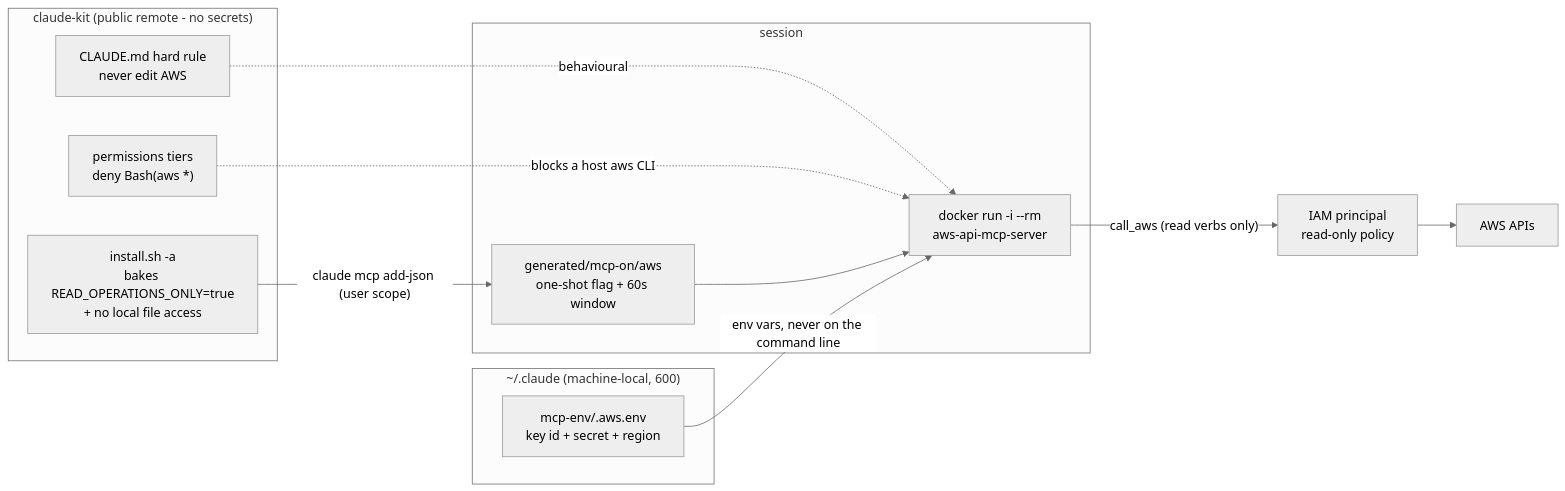
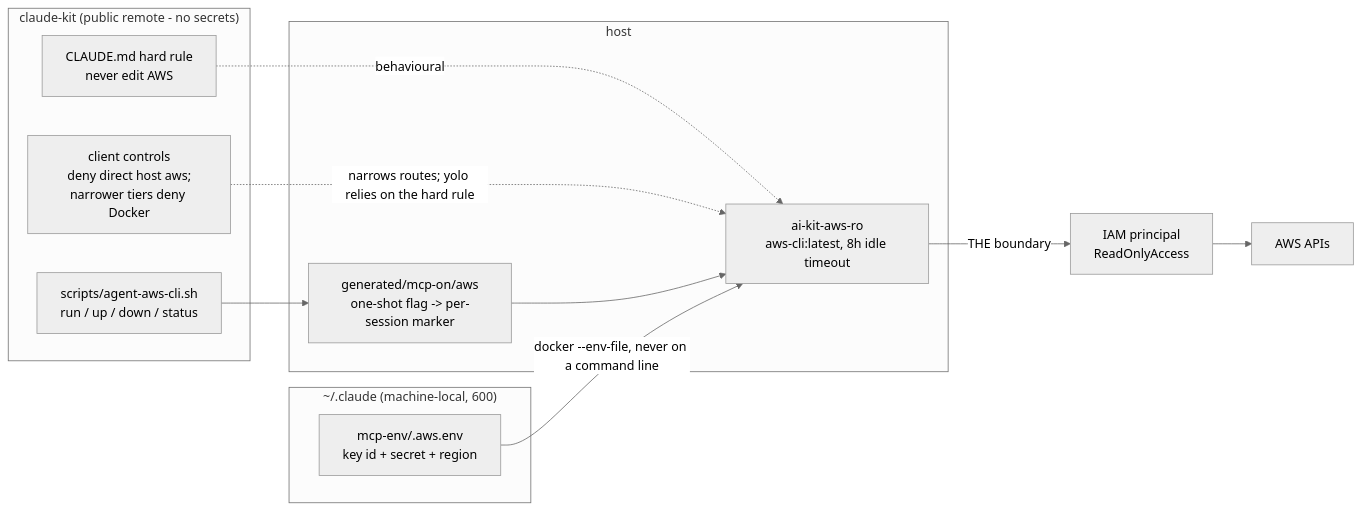
Before and after one commit to Manpreet-TKL/claude-kit-test: the diagram in docs/aws.md, drawn with Mermaid (neutral theme). The commit also changed other lines of this file and 77 other files, not shown here.

````diff
--- a/docs/aws.md
+++ b/docs/aws.md
@@ -21,25 +43,25 @@
 ```mermaid
 flowchart LR
     subgraph Kit["claude-kit (public remote - no secrets)"]
         CM["CLAUDE.md hard rule<br/>never edit AWS"]
-        PERM["permissions tiers<br/>deny Bash(aws *)"]
-        INS["install.sh -a<br/>bakes READ_OPERATIONS_ONLY=true<br/>+ no local file access"]
+        PERM["client controls<br/>deny direct host aws;<br/>narrower tiers deny Docker"]
+        SC["scripts/agent-aws-cli.sh<br/>run / up / down / status"]
     end
     subgraph Local["~/.claude (machine-local, 600)"]
         ENV["mcp-env/.aws.env<br/>key id + secret + region"]
     end
-    subgraph Run["session"]
-        GATE["generated/mcp-on/aws<br/>one-shot flag + 60s window"]
-        CTR["docker run -i --rm<br/>aws-api-mcp-server"]
+    subgraph Run["host"]
+        GATE["generated/mcp-on/aws<br/>one-shot flag -> per-session marker"]
+        CTR["ai-kit-aws-ro<br/>aws-cli:latest, 8h idle timeout"]
     end
-    IAM["IAM principal<br/>read-only policy"]
+    IAM["IAM principal<br/>ReadOnlyAccess"]
     AWS["AWS APIs"]
 
-    INS -->|"claude mcp add-json (user scope)"| GATE
+    SC --> GATE
     GATE --> CTR
-    ENV -->|env vars, never on the command line| CTR
+    ENV -->|"docker --env-file, never on a command line"| CTR
     CM -.->|behavioural| CTR
-    PERM -.->|blocks a host aws CLI| CTR
-    CTR -->|"call_aws (read verbs only)"| IAM
+    PERM -.->|narrows routes; yolo relies on the hard rule| CTR
+    CTR -->|"THE boundary"| IAM
     IAM --> AWS
 ```
````
